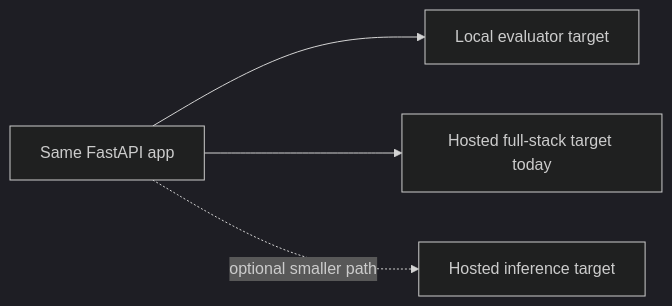
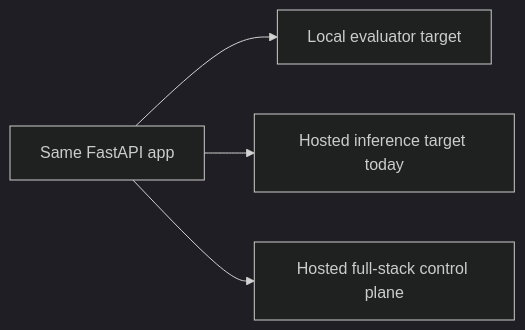
The second of 2 diagrams in docs/site/system/inference-pipeline.md (javihslu/foehncast), drawn with Mermaid (dark theme) before and after one commit. The commit also changed other lines of this file and 15 other files, not shown here.

Commit message:
feat(runtime): promote Cloud Run as primary hosted API

```diff
--- a/docs/site/system/inference-pipeline.md
+++ b/docs/site/system/inference-pipeline.md
@@ -131,6 +131,6 @@
 <div class="mermaid">
 flowchart LR
     APP[Same FastAPI app] --> LOCAL[Local evaluator target]
-    APP --> HOST[Hosted full-stack target today]
-    APP -. optional smaller path .-> RUN[Hosted inference target]
+    APP --> RUN[Hosted inference target today]
+    APP --> HOST[Hosted full-stack control plane]
 </div>
```
